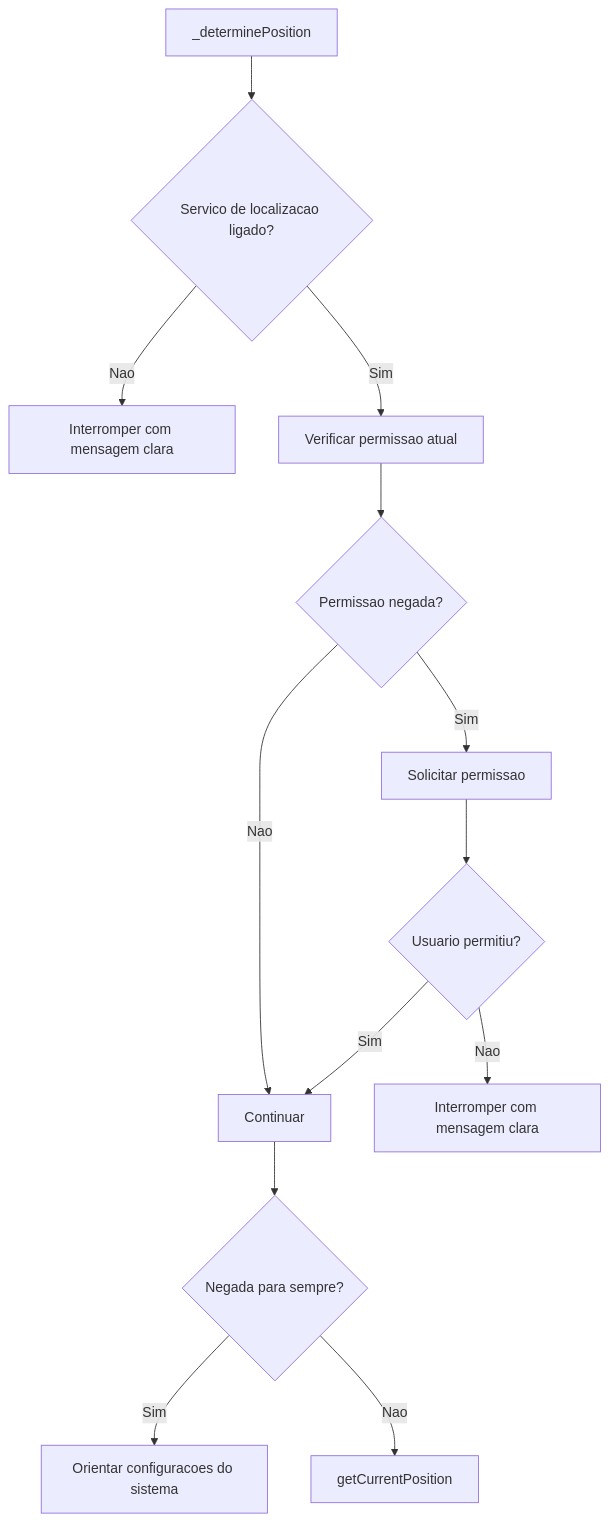
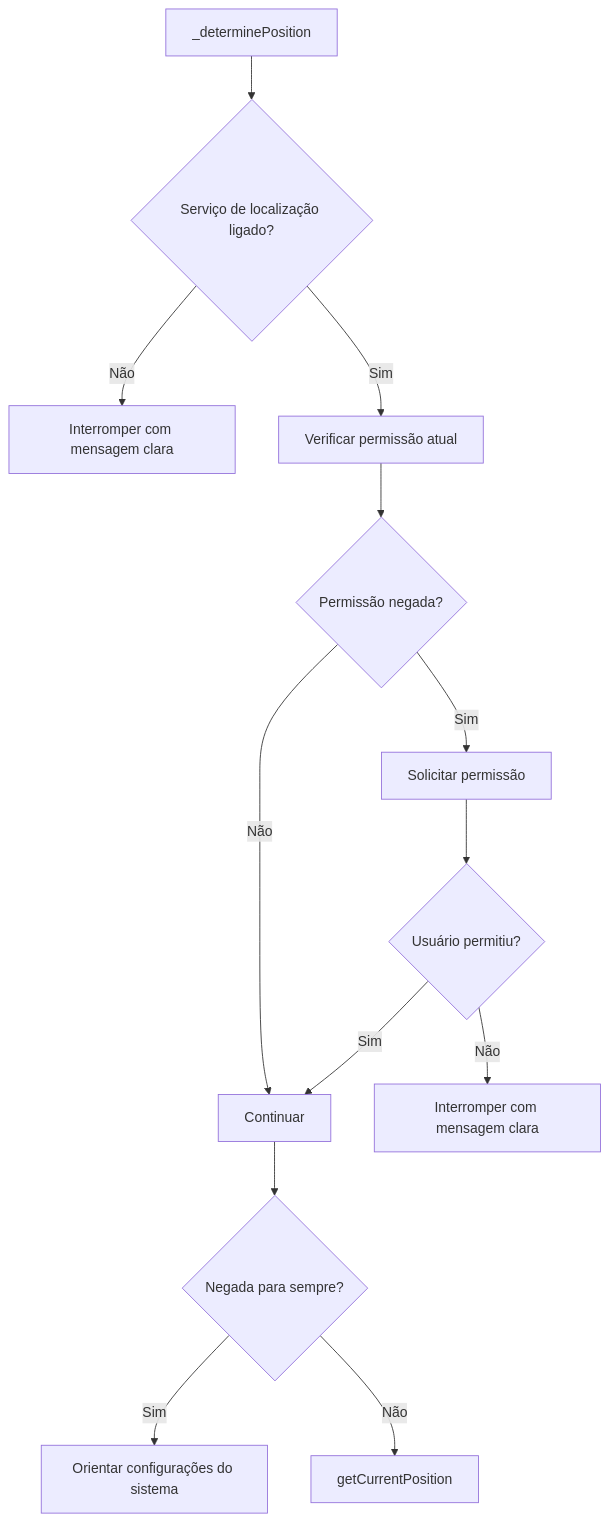
One commit to prof-gustavo-villalta/self changed the ninth of 13 diagrams in courses/2026-1-DS-Prog-Aplicativos-Mobile-II-Novotec-Noturno/aulas/aula-12.md. Above: the diagram before and after it, drawn with Mermaid. The commit also changed other lines of this file and 6 other files, not shown here.

````diff
--- a/courses/2026-1-DS-Prog-Aplicativos-Mobile-II-Novotec-Noturno/aulas/aula-12.md
+++ b/courses/2026-1-DS-Prog-Aplicativos-Mobile-II-Novotec-Noturno/aulas/aula-12.md
@@ -811,15 +811,15 @@
 ```mermaid
 flowchart TD
-    A[_determinePosition] --> B{Servico de localizacao ligado?}
-    B -->|Nao| C[Interromper com mensagem clara]
-    B -->|Sim| D[Verificar permissao atual]
-    D --> E{Permissao negada?}
-    E -->|Sim| F[Solicitar permissao]
-    E -->|Nao| G[Continuar]
-    F --> H{Usuario permitiu?}
-    H -->|Nao| I[Interromper com mensagem clara]
+    A[_determinePosition] --> B{Serviço de localização ligado?}
+    B -->|Não| C[Interromper com mensagem clara]
+    B -->|Sim| D[Verificar permissão atual]
+    D --> E{Permissão negada?}
+    E -->|Sim| F[Solicitar permissão]
+    E -->|Não| G[Continuar]
+    F --> H{Usuário permitiu?}
+    H -->|Não| I[Interromper com mensagem clara]
     H -->|Sim| G
     G --> J{Negada para sempre?}
-    J -->|Sim| K[Orientar configuracoes do sistema]
-    J -->|Nao| L[getCurrentPosition]
+    J -->|Sim| K[Orientar configurações do sistema]
+    J -->|Não| L[getCurrentPosition]
 ```
````
